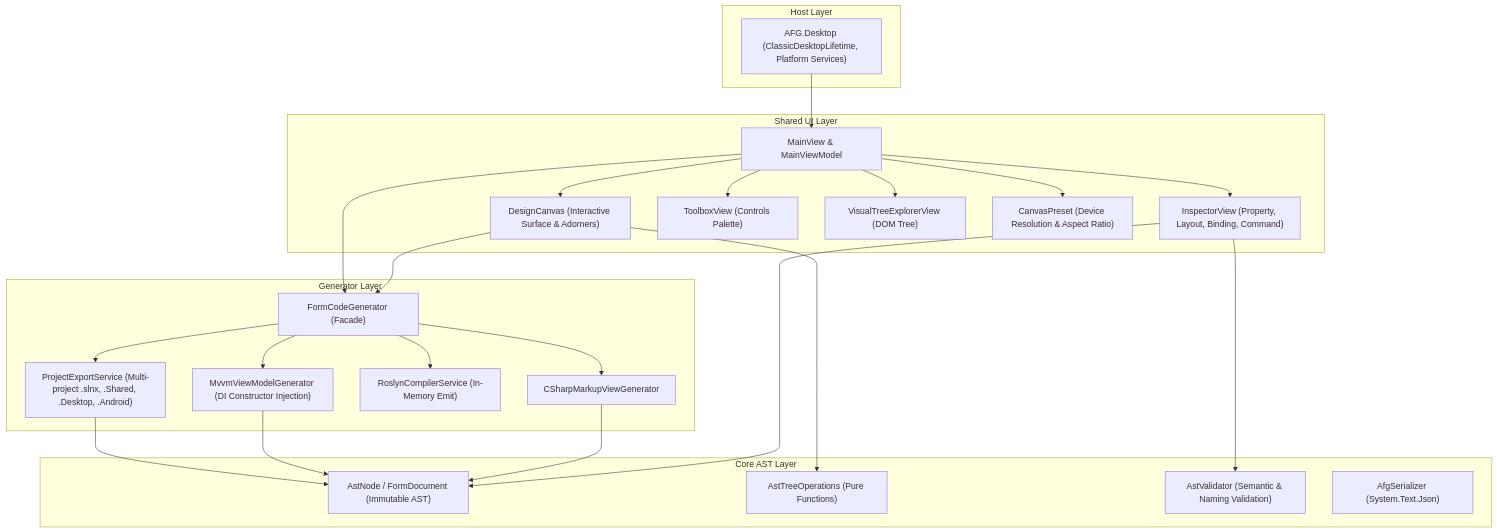
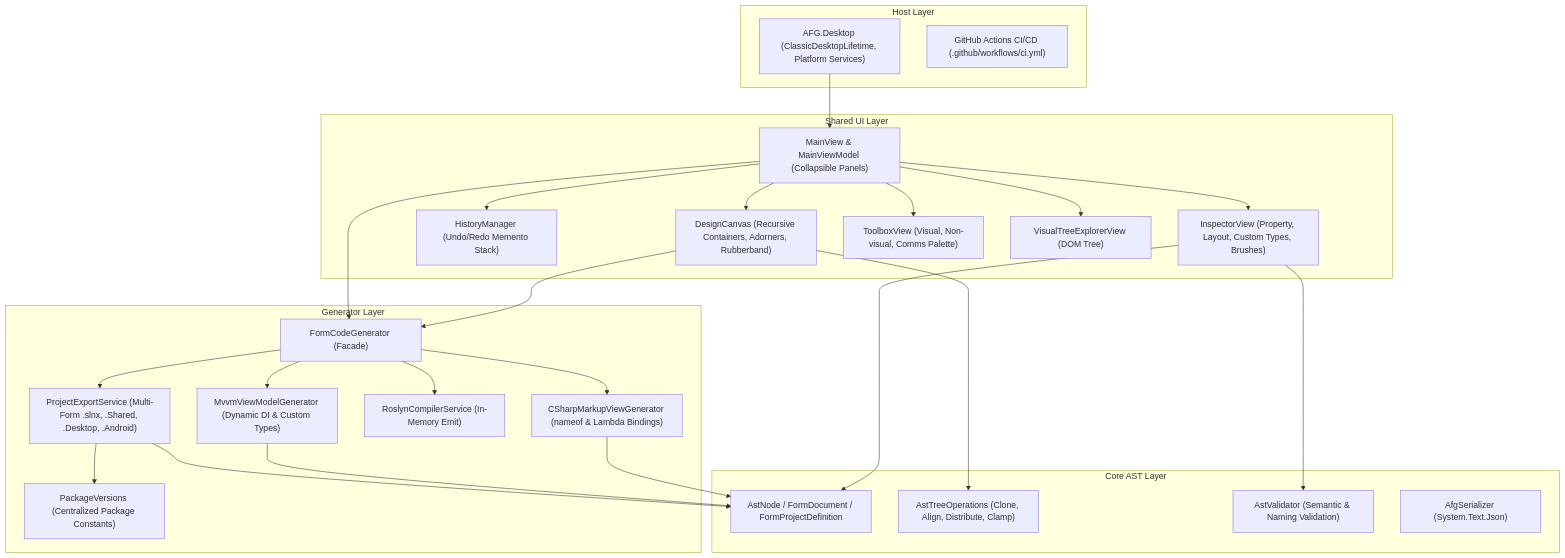
Before and after one commit to willy050209/Avalonia-Form-Generator: the first of 3 diagrams in docs/architecture.md, drawn with Mermaid. The commit also changed other lines of this file and 3 other files, not shown here.

Commit message:
docs: update system architecture, AST schema, C# markup spec, and user guide to reflect all upgraded features

````diff
--- a/docs/architecture.md
+++ b/docs/architecture.md
@@ -28,51 +30,54 @@
 ```mermaid
 graph TD
     subgraph Host Layer
         Desktop["AFG.Desktop (ClassicDesktopLifetime, Platform Services)"]
+        CI["GitHub Actions CI/CD (.github/workflows/ci.yml)"]
     end
 
     subgraph Shared UI Layer
-        MainView["MainView & MainViewModel"]
-        DesignCanvas["DesignCanvas (Interactive Surface & Adorners)"]
-        Inspector["InspectorView (Property, Layout, Binding, Command)"]
-        Toolbox["ToolboxView (Controls Palette)"]
+        MainView["MainView & MainViewModel (Collapsible Panels)"]
+        DesignCanvas["DesignCanvas (Recursive Containers, Adorners, Rubberband)"]
+        History["HistoryManager (Undo/Redo Memento Stack)"]
+        Inspector["InspectorView (Property, Layout, Custom Types, Brushes)"]
+        Toolbox["ToolboxView (Visual, Non-visual, Comms Palette)"]
         VisualTree["VisualTreeExplorerView (DOM Tree)"]
-        CanvasPreset["CanvasPreset (Device Resolution & Aspect Ratio)"]
     end
 
     subgraph Generator Layer
         FormCodeGen["FormCodeGenerator (Facade)"]
-        MarkupGen["CSharpMarkupViewGenerator"]
-        MvvmGen["MvvmViewModelGenerator (DI Constructor Injection)"]
+        MarkupGen["CSharpMarkupViewGenerator (nameof & Lambda Bindings)"]
+        MvvmGen["MvvmViewModelGenerator (Dynamic DI & Custom Types)"]
         RoslynComp["RoslynCompilerService (In-Memory Emit)"]
-        ExportSvc["ProjectExportService (Multi-project .slnx, .Shared, .Desktop, .Android)"]
+        ExportSvc["ProjectExportService (Multi-Form .slnx, .Shared, .Desktop, .Android)"]
+        PkgConst["PackageVersions (Centralized Package Constants)"]
     end
 
     subgraph Core AST Layer
-        AstModel["AstNode / FormDocument (Immutable AST)"]
-        AstOps["AstTreeOperations (Pure Functions)"]
+        AstModel["AstNode / FormDocument / FormProjectDefinition"]
+        AstOps["AstTreeOperations (Clone, Align, Distribute, Clamp)"]
         AstValid["AstValidator (Semantic & Naming Validation)"]
         Serializer["AfgSerializer (System.Text.Json)"]
     end
 
     Desktop --> MainView
     MainView --> DesignCanvas
     MainView --> Inspector
     MainView --> Toolbox
     MainView --> VisualTree
-    MainView --> CanvasPreset
+    MainView --> History
     
     DesignCanvas --> FormCodeGen
     Inspector --> AstModel
     MainView --> FormCodeGen
     FormCodeGen --> MarkupGen
     FormCodeGen --> MvvmGen
     FormCodeGen --> RoslynComp
     FormCodeGen --> ExportSvc
+    ExportSvc --> PkgConst
     
     MarkupGen --> AstModel
     MvvmGen --> AstModel
     ExportSvc --> AstModel
     DesignCanvas --> AstOps
     Inspector --> AstValid
 ```
````
